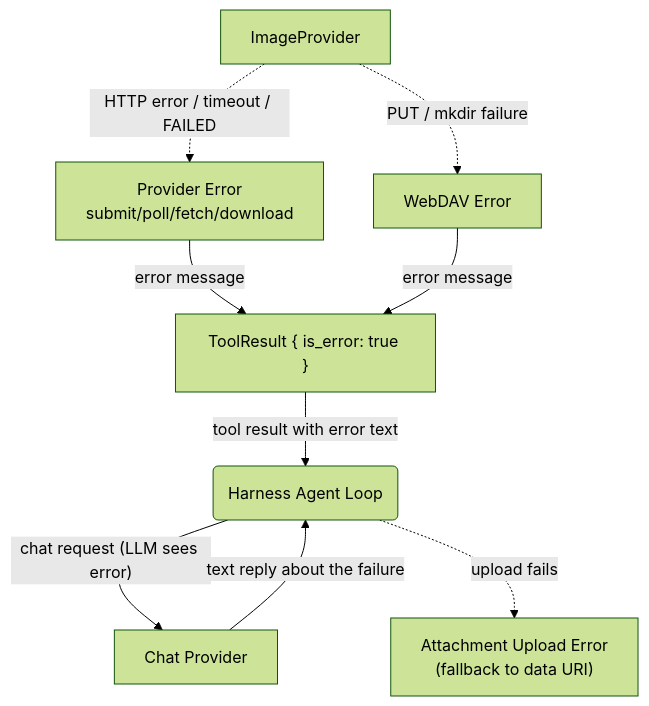
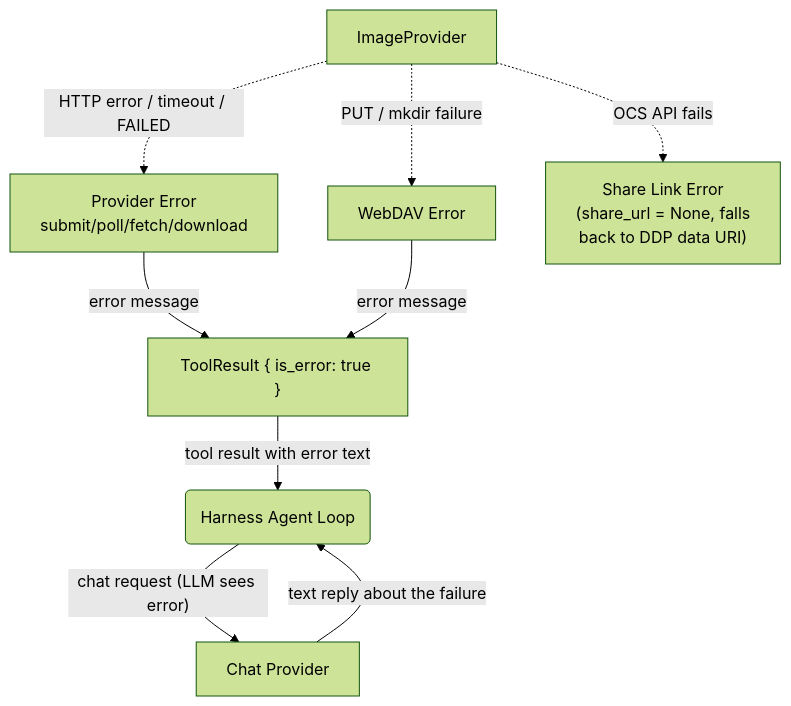
The third of 3 diagrams in _docs/image-gen/image-gen-round-trip.md (cosmoswafer/rockbot), drawn with Mermaid (forest theme) before and after one commit. The commit also changed other lines of this file and 1 other file, not shown here.

First line of the commit message:
docs: update round-trip doc for NextCloud share link flow; fix vision DFD mermaid

````diff
--- a/_docs/image-gen/image-gen-round-trip.md
+++ b/_docs/image-gen/image-gen-round-trip.md
@@ -84,19 +94,19 @@
 ```mermaid
 flowchart TD
     LOOP(Harness Agent Loop)
     AI[Chat Provider]
     PROVIDER["ImageProvider"]
     ERR_PROVIDER[Provider Error<br/>submit/poll/fetch/download]
     ERR_DAV[WebDAV Error]
-    ERR_UPLOAD["Attachment Upload Error<br/>(fallback to data URI)"]
+    ERR_SHARE["Share Link Error<br/>(share_url = None, falls<br/>back to DDP data URI)"]
     TOOL_ERR["ToolResult { is_error: true }"]
 
     PROVIDER -.->|"HTTP error / timeout / FAILED"| ERR_PROVIDER
     PROVIDER -.->|"PUT / mkdir failure"| ERR_DAV
+    PROVIDER -.->|"OCS API fails"| ERR_SHARE
     ERR_PROVIDER -->|"error message"| TOOL_ERR
     ERR_DAV -->|"error message"| TOOL_ERR
     TOOL_ERR -->|"tool result with error text"| LOOP
     LOOP -->|"chat request (LLM sees error)"| AI
-    LOOP -.->|"upload fails"| ERR_UPLOAD
     AI -->|"text reply about the failure"| LOOP
 ```
````
